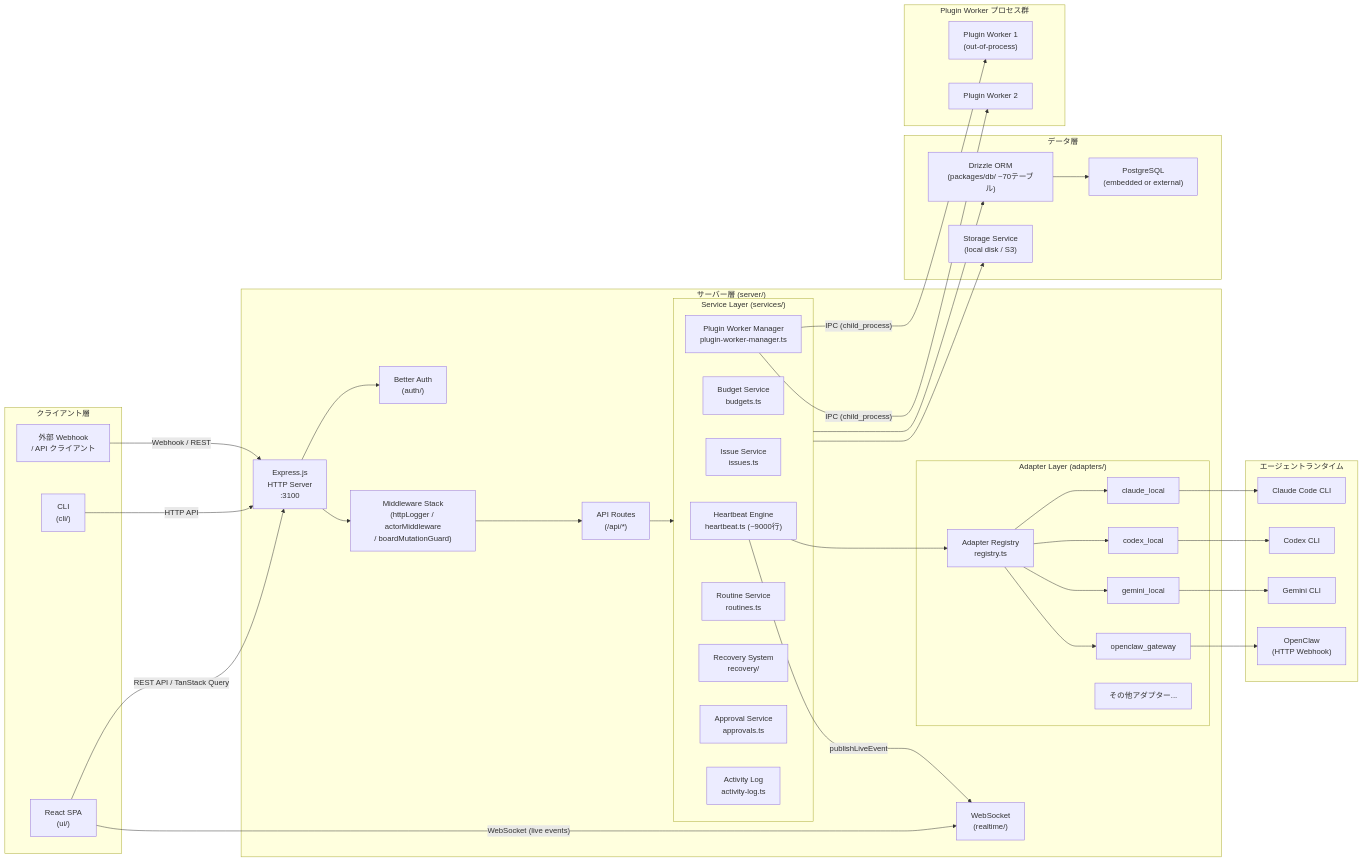
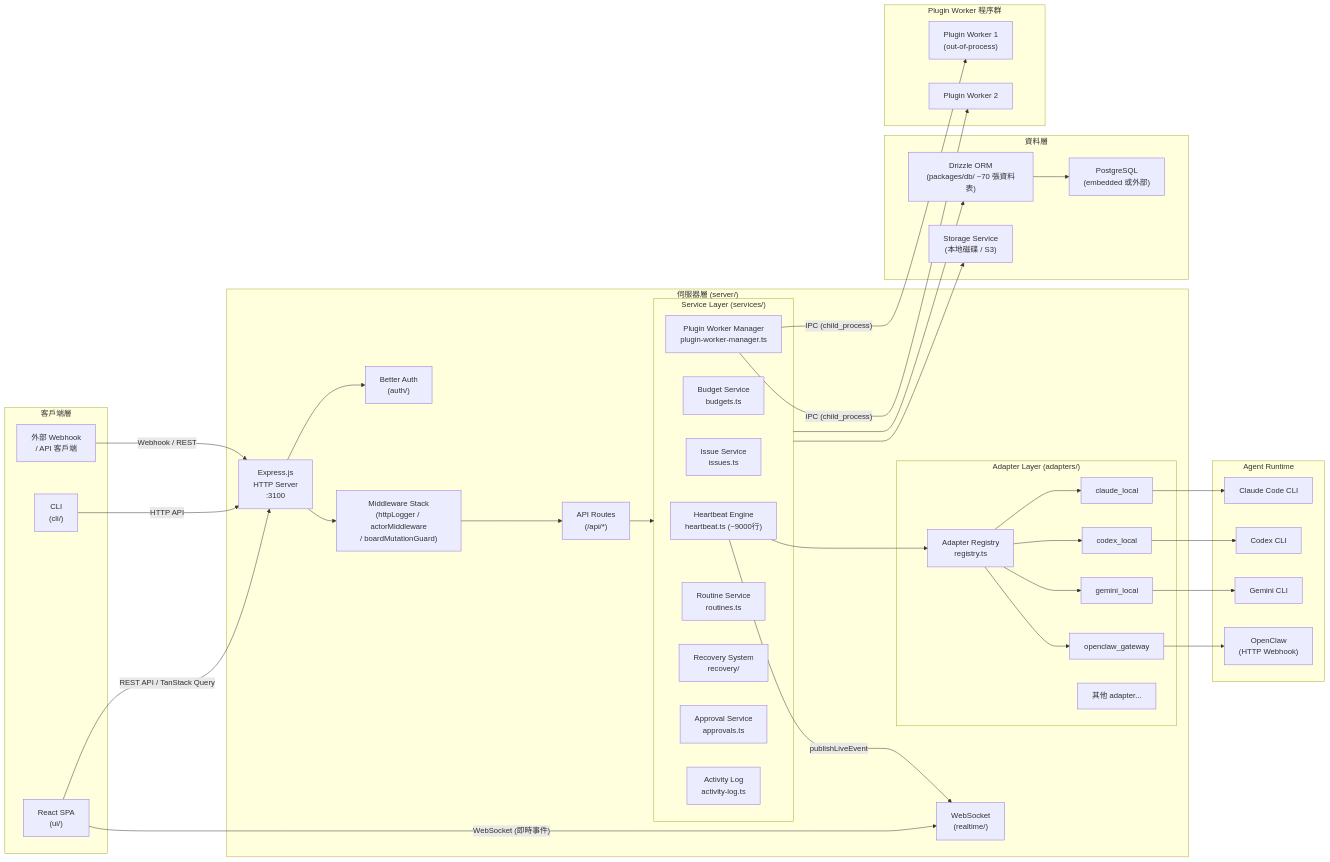
The first of 3 diagrams in .trace/ARCHITECTURE.md (pichiu/paperclip), drawn with Mermaid before and after one commit. The commit also changed other lines of this file and 1 other file, not shown here.

First line of the commit message:
trace: rewrite ARCHITECTURE and DATA_MODEL in Traditional Chinese

````diff
--- a/.trace/ARCHITECTURE.md
+++ b/.trace/ARCHITECTURE.md
@@ -10,76 +10,76 @@
 ```mermaid
 graph LR
-    subgraph Client["クライアント層"]
+    subgraph Client["客戶端層"]
         UI["React SPA\n(ui/)"]
         CLI["CLI\n(cli/)"]
-        EXT["外部 Webhook\n/ API クライアント"]
+        EXT["外部 Webhook\n/ API 客戶端"]
     end
 
-    subgraph Server["サーバー層 (server/)"]
+    subgraph Server["伺服器層 (server/)"]
         EXPRESS["Express.js\nHTTP Server\n:3100"]
         WS["WebSocket\n(realtime/)"]
         AUTH["Better Auth\n(auth/)"]
         MW["Middleware Stack\n(httpLogger / actorMiddleware\n/ boardMutationGuard)"]
         ROUTES["API Routes\n(/api/*)"]
 
         subgraph Services["Service Layer (services/)"]
             HB["Heartbeat Engine\nheartbeat.ts (~9000行)"]
             BUDGETS["Budget Service\nbudgets.ts"]
             ISSUES["Issue Service\nissues.ts"]
             PLUGINS["Plugin Worker Manager\nplugin-worker-manager.ts"]
             ROUTINES["Routine Service\nroutines.ts"]
             RECOVERY["Recovery System\nrecovery/"]
             APPROVALS["Approval Service\napprovals.ts"]
             ACTIVITY["Activity Log\nactivity-log.ts"]
         end
 
         subgraph Adapters["Adapter Layer (adapters/)"]
             REG["Adapter Registry\nregistry.ts"]
             CL["claude_local"]
             CDX["codex_local"]
             GEM["gemini_local"]
             OCG["openclaw_gateway"]
-            OTH["その他アダプター..."]
+            OTH["其他 adapter..."]
         end
     end
 
-    subgraph Data["データ層"]
-        PG["PostgreSQL\n(embedded or external)"]
-        DRIZZLE["Drizzle ORM\n(packages/db/ ~70テーブル)"]
-        STORAGE["Storage Service\n(local disk / S3)"]
+    subgraph Data["資料層"]
+        PG["PostgreSQL\n(embedded 或外部)"]
+        DRIZZLE["Drizzle ORM\n(packages/db/ ~70 張資料表)"]
+        STORAGE["Storage Service\n(本地磁碟 / S3)"]
     end
 
-    subgraph PluginProc["Plugin Worker プロセス群"]
+    subgraph PluginProc["Plugin Worker 程序群"]
         PW1["Plugin Worker 1\n(out-of-process)"]
         PW2["Plugin Worker 2"]
     end
 
-    subgraph AgentRT["エージェントランタイム"]
+    subgraph AgentRT["Agent Runtime"]
         CLAUDE["Claude Code CLI"]
         CODEX["Codex CLI"]
         GEMINI_RT["Gemini CLI"]
         OC_GW["OpenClaw\n(HTTP Webhook)"]
     end
 
     UI -- "REST API / TanStack Query" --> EXPRESS
-    UI -- "WebSocket (live events)" --> WS
+    UI -- "WebSocket (即時事件)" --> WS
     CLI -- "HTTP API" --> EXPRESS
     EXT -- "Webhook / REST" --> EXPRESS
 
     EXPRESS --> MW --> ROUTES --> Services
     EXPRESS --> AUTH
 
     HB --> REG
     REG --> CL --> CLAUDE
     REG --> CDX --> CODEX
     REG --> GEM --> GEMINI_RT
     REG --> OCG --> OC_GW
 
     Services --> DRIZZLE --> PG
     Services --> STORAGE
 
     PLUGINS -- "IPC (child_process)" --> PW1
     PLUGINS -- "IPC (child_process)" --> PW2
 
     HB -- "publishLiveEvent" --> WS
 ```
````
